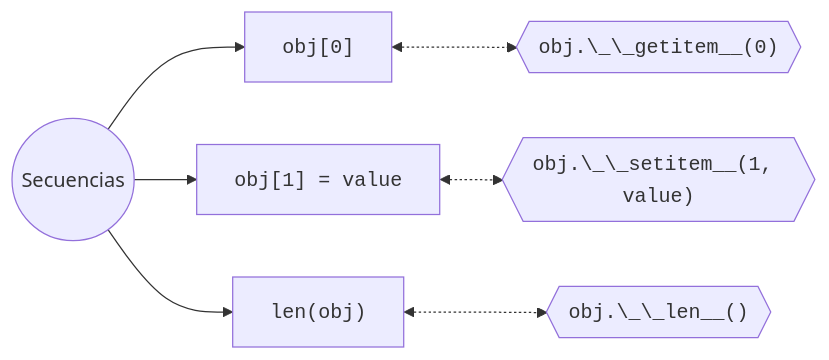
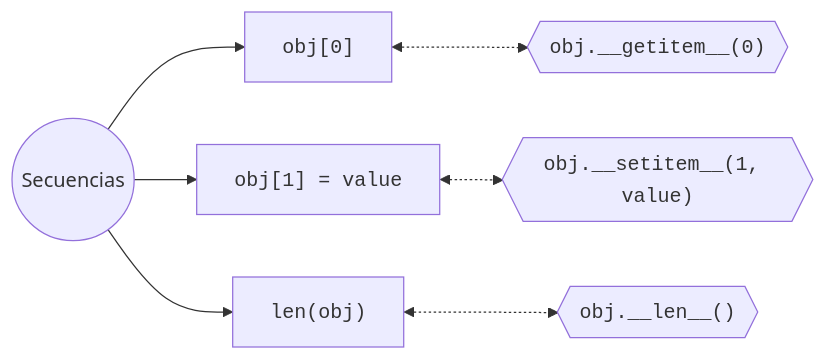
Before and after one commit to sdelquin/aprendepython: the second of 2 diagrams in docs/core/modularity/oop.md, drawn with Mermaid.

````diff
--- a/docs/core/modularity/oop.md
+++ b/docs/core/modularity/oop.md
@@ -1569,9 +1569,9 @@
 ```mermaid
 flowchart LR
     S((Secuencias)) --> A
     S --> B
     S --> C
-    A["<tt>obj[0]</tt>"] <-.-> getitem{{"<tt>obj.\_\_getitem__(0)</tt>"}}
-    B["<tt>obj[1] = value</tt>"] <-.-> setitem{{"<tt>obj.\_\_setitem__(1, value)</tt>"}}
-    C["<tt>len(obj)</tt>"] <-.-> len{{"<tt>obj.\_\_len__()</tt>"}}
+    A["<tt>obj[0]</tt>"] <-.-> getitem{{"<tt>obj.__getitem__(0)</tt>"}}
+    B["<tt>obj[1] = value</tt>"] <-.-> setitem{{"<tt>obj.__setitem__(1, value)</tt>"}}
+    C["<tt>len(obj)</tt>"] <-.-> len{{"<tt>obj.__len__()</tt>"}}
 ```
````
